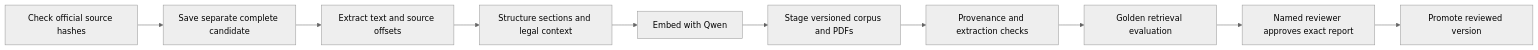
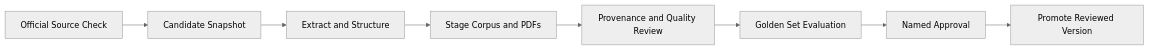
One commit to sarthakv162/PRAMANA-SIH changed the third of 3 diagrams in README.md. Above: the diagram before and after it, drawn with Mermaid (neutral theme). The commit also changed other lines of this file, not shown here.

````diff
--- a/README.md
+++ b/README.md
@@ -396,12 +357,10 @@
 ```mermaid
-graph LR
-    A["Check official source hashes"] --> B["Save separate complete candidate"]
-    B --> C["Extract text and source offsets"]
-    C --> D["Structure sections and legal context"]
-    D --> E["Embed with Qwen"]
-    E --> F["Stage versioned corpus and PDFs"]
-    F --> G["Provenance and extraction checks"]
-    G --> H["Golden retrieval evaluation"]
-    H --> I["Named reviewer approves exact report"]
-    I --> J["Promote reviewed version"]
+flowchart LR
+    A[Official Source Check] --> B[Candidate Snapshot]
+    B --> C[Extract and Structure]
+    C --> D[Stage Corpus and PDFs]
+    D --> E[Provenance and Quality Review]
+    E --> F[Golden Set Evaluation]
+    F --> G[Named Approval]
+    G --> H[Promote Reviewed Version]
 ```
````
